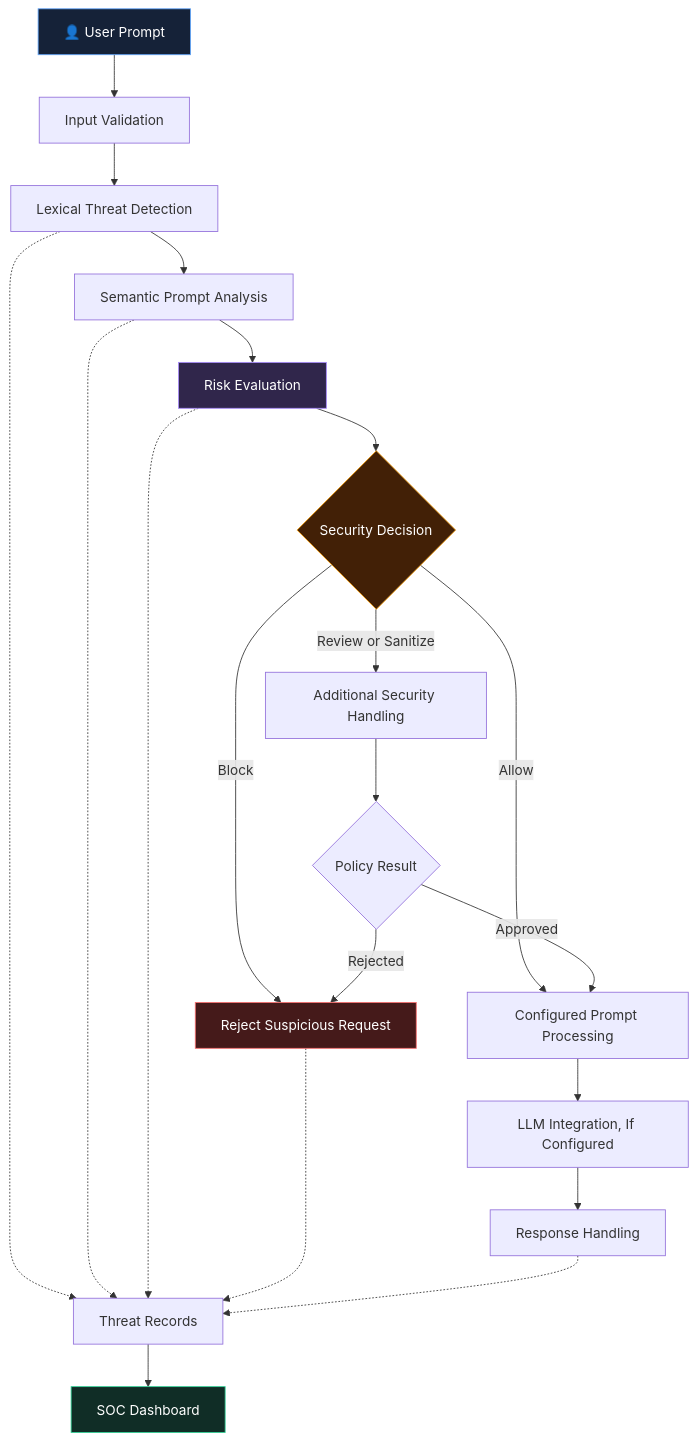
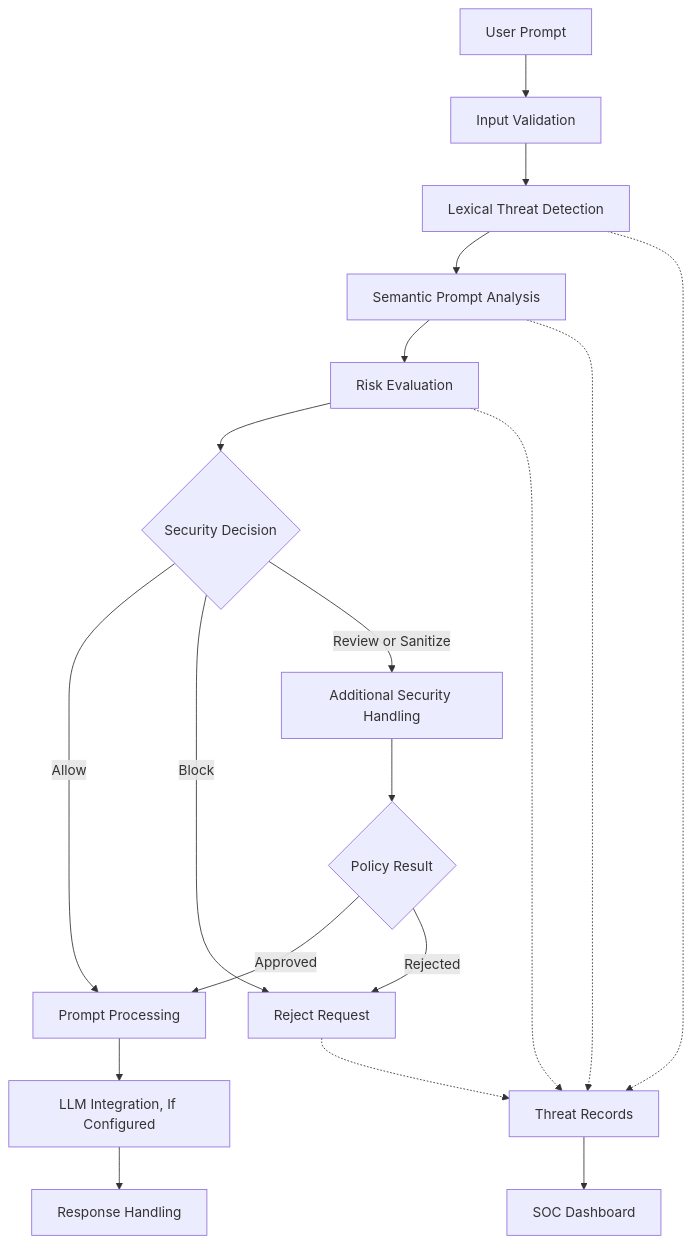
The diagram in README.md (mohamedrizwan4518/An-adaptive-self-healing-semantic-ai-firewall-framework-v1-phase-1-), drawn with Mermaid before and after one commit. The commit also changed other lines of this file, not shown here.

````diff
--- a/README.md
+++ b/README.md
@@ -239,41 +147,34 @@
 ```mermaid
 flowchart TD
-    A["👤 User Prompt"] --> B["Input Validation"]
+    A["User Prompt"] --> B["Input Validation"]
 
     B --> C["Lexical Threat Detection"]
 
     C --> D["Semantic Prompt Analysis"]
 
     D --> E["Risk Evaluation"]
 
     E --> F{"Security Decision"}
 
-    F -->|Allow| G["Configured Prompt Processing"]
+    F -->|Allow| G["Prompt Processing"]
 
-    F -->|Block| H["Reject Suspicious Request"]
+    F -->|Block| H["Reject Request"]
 
     F -->|Review or Sanitize| I["Additional Security Handling"]
 
     I --> J{"Policy Result"}
 
     J -->|Approved| G
     J -->|Rejected| H
 
     G --> K["LLM Integration, If Configured"]
 
     K --> L["Response Handling"]
 
     C -.-> M["Threat Records"]
     D -.-> M
     E -.-> M
     H -.-> M
-    L -.-> M
 
     M --> N["SOC Dashboard"]
-
-    style A fill:#152238,stroke:#60A5FA,color:#FFFFFF
-    style E fill:#30264B,stroke:#A78BFA,color:#FFFFFF
-    style F fill:#422006,stroke:#F59E0B,color:#FFFFFF
-    style H fill:#451A1A,stroke:#F87171,color:#FFFFFF
-    style N fill:#102D26,stroke:#34D399,color:#FFFFFF
 ```
````
